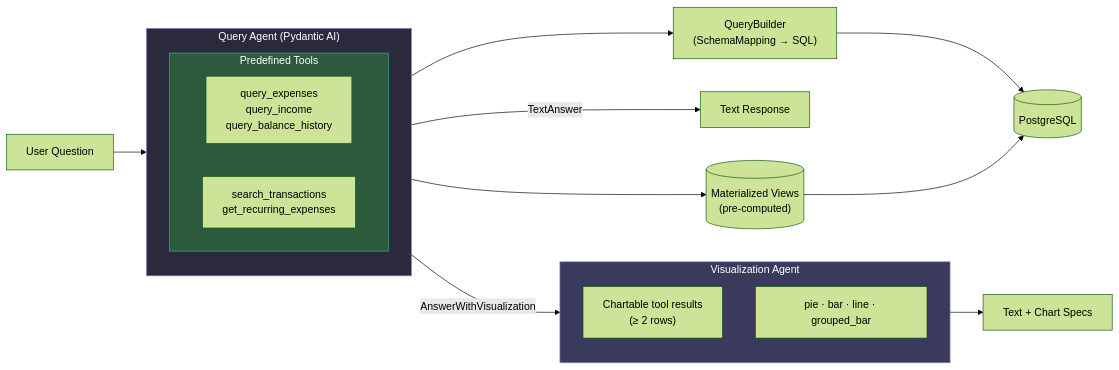
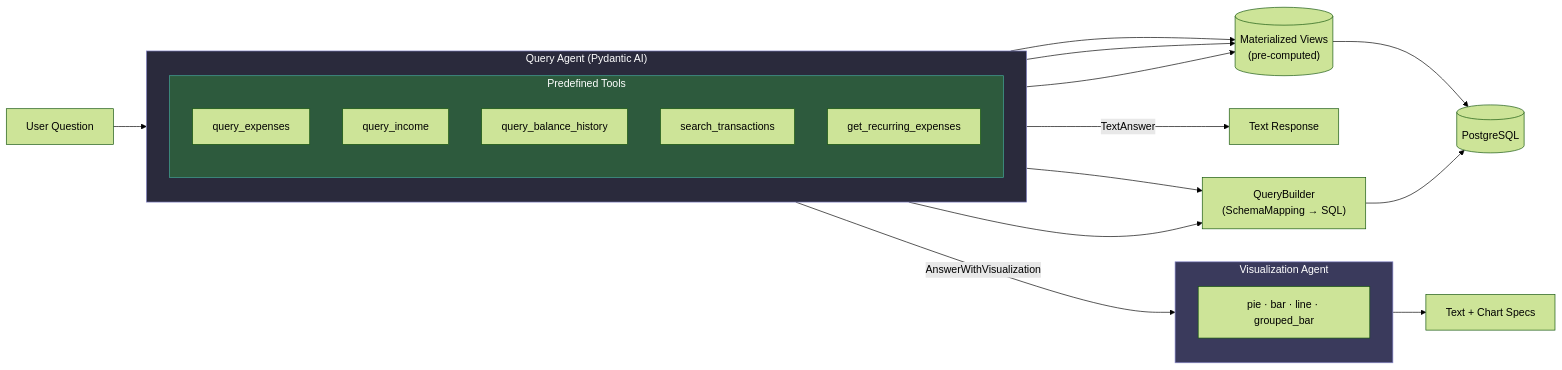
One commit to maxibove13/finance-query-agent changed the first of 8 diagrams in README.md. Above: the diagram before and after it, drawn with Mermaid (forest theme). The commit also changed other lines of this file, not shown here.

Commit message:
docs: fix mermaid tool diagram and add schema config SSM section

````diff
--- a/README.md
+++ b/README.md
@@ -7,33 +7,37 @@
 ```mermaid
 graph LR
     Q["User Question"] --> QUERY_AGENT
 
     subgraph QUERY_AGENT["Query Agent (Pydantic AI)"]
         direction TB
         subgraph PREDEFINED["Predefined Tools"]
-            direction LR
-            V["query_expenses\nquery_income\nquery_balance_history"]
-            D["search_transactions\nget_recurring_expenses"]
+            direction TB
+            T1["query_expenses"]
+            T2["query_income"]
+            T3["query_balance_history"]
+            T4["search_transactions"]
+            T5["get_recurring_expenses"]
         end
     end
 
     QUERY_AGENT -->|"TextAnswer"| OUT_TEXT["Text Response"]
     QUERY_AGENT -->|"AnswerWithVisualization"| VIZ_AGENT
 
     subgraph VIZ_AGENT["Visualization Agent"]
-        direction TB
-        VIZ_IN["Chartable tool results\n(≥ 2 rows)"]
         VIZ_OUT["pie · bar · line · grouped_bar"]
     end
 
     VIZ_AGENT --> OUT_VIZ["Text + Chart Specs"]
 
-    V --> MV[("Materialized Views\n(pre-computed)")]
-    D --> QB["QueryBuilder\n(SchemaMapping → SQL)"]
-    QB --> PG[("PostgreSQL")]
-    MV --> PG
+    T1 --> MV[("Materialized Views<br/>(pre-computed)")]
+    T2 --> MV
+    T3 --> MV
+    T4 --> QB["QueryBuilder<br/>(SchemaMapping → SQL)"]
+    T5 --> QB
+    MV --> PG[("PostgreSQL")]
+    QB --> PG
 
     style QUERY_AGENT fill:#2a2a3c,stroke:#88c,color:#fff
     style PREDEFINED fill:#2d5a3d,stroke:#4a9,color:#fff
     style VIZ_AGENT fill:#3a3a5c,stroke:#88c,color:#fff
 ```
````
